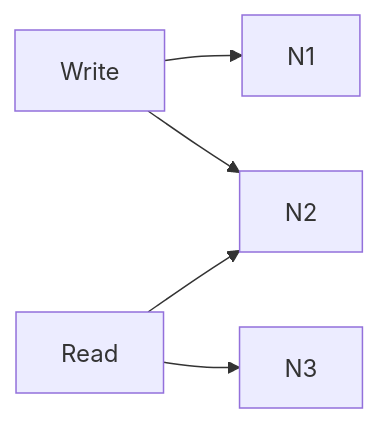
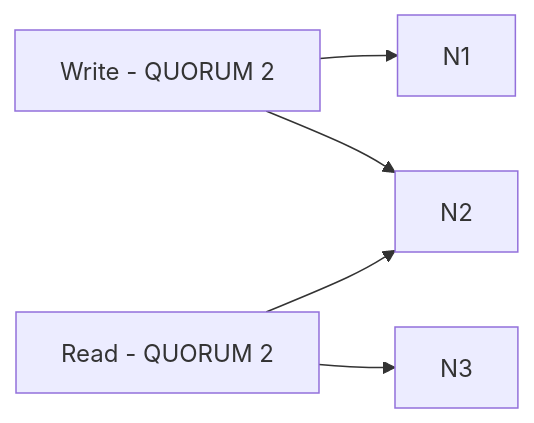
One commit to limainfo/guia-design-sistema-ti changed the fifth of 11 diagrams in 02-technologies/02-database-cassandra/README.md. Above: the diagram before and after it, drawn with Mermaid. The commit also changed other lines of this file, not shown here.

````diff
--- a/02-technologies/02-database-cassandra/README.md
+++ b/02-technologies/02-database-cassandra/README.md
@@ -230,7 +268,7 @@
 ```mermaid
 flowchart LR
-    W[Write] --> N1
+    W[Write - QUORUM 2] --> N1
     W --> N2
-    R[Read] --> N2
+    R[Read - QUORUM 2] --> N2
     R --> N3
 ```
````
